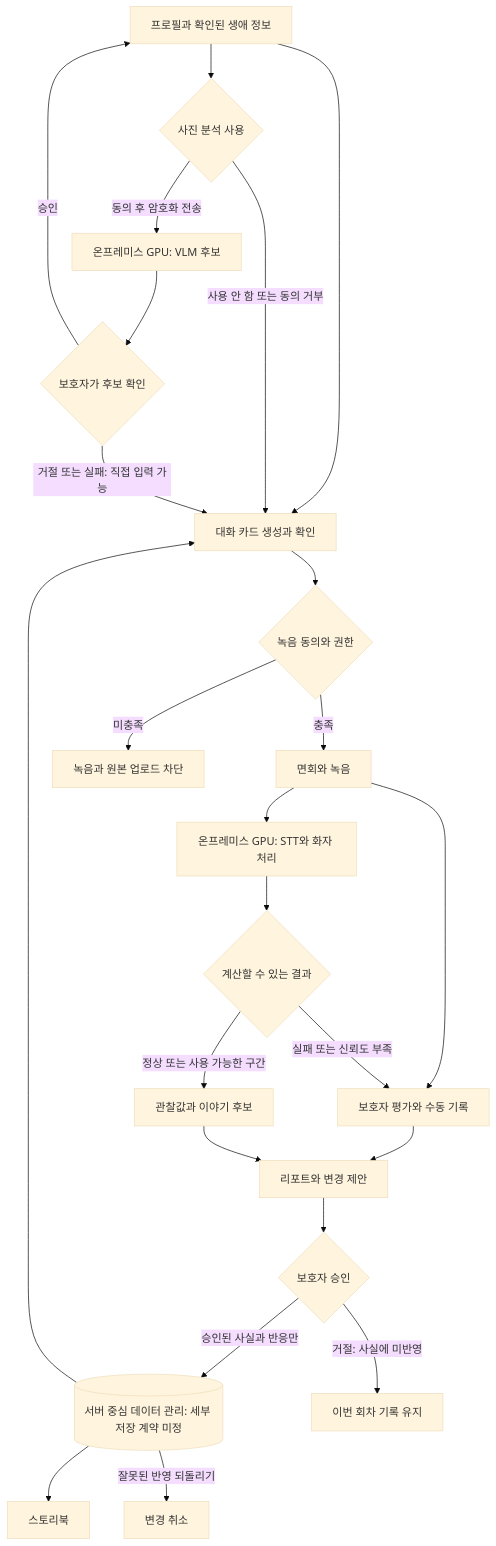
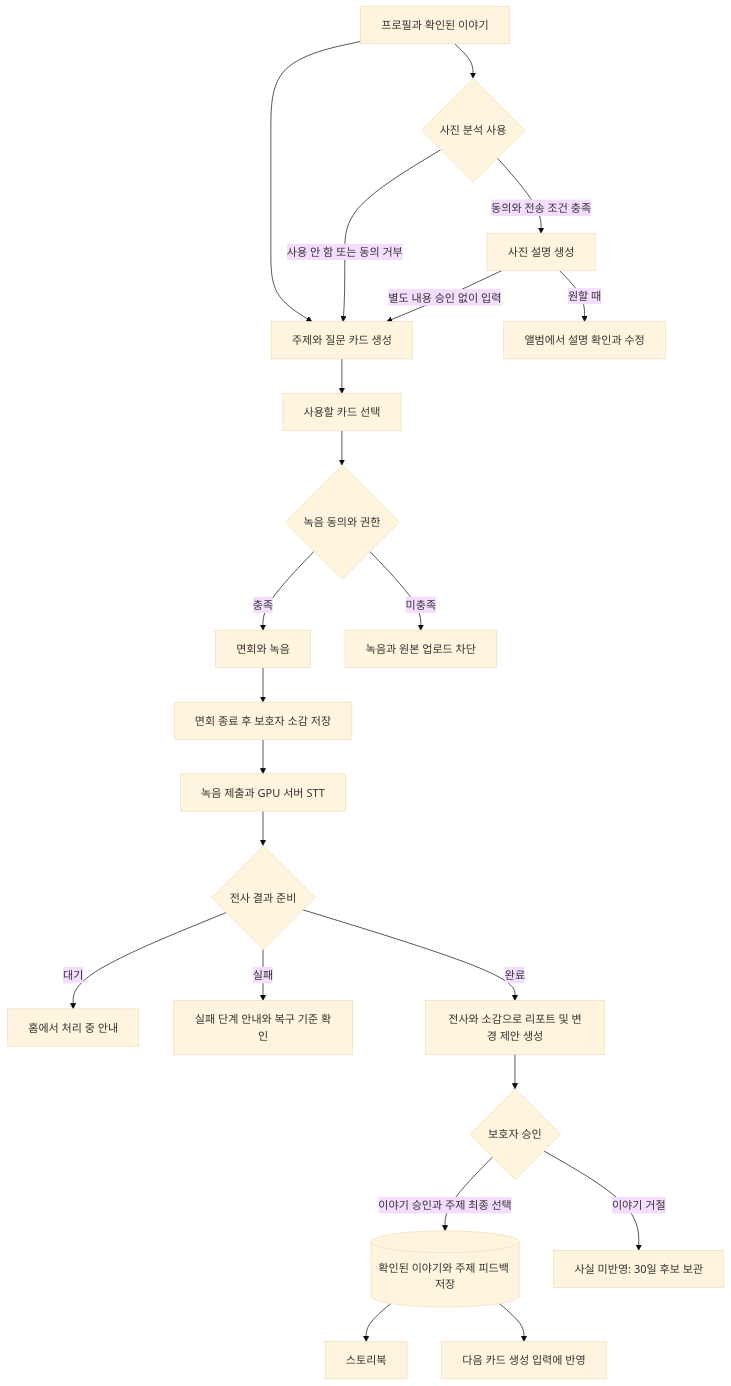
One commit to kakaotechcampus-4/ktc4-chungnam-1 changed the diagram in docs/architecture/README.md. Above: the diagram before and after it, drawn with Mermaid (base theme). The commit also changed other lines of this file and 13 other files, not shown here.

````diff
--- a/docs/architecture/README.md
+++ b/docs/architecture/README.md
@@ -11,26 +11,24 @@
 ```mermaid
 flowchart TD
-    P["프로필과 확인된 생애 정보"] --> G["대화 카드 생성과 확인"]
+    P["프로필과 확인된 이야기"] --> G["주제와 질문 카드 생성"]
     P --> I{"사진 분석 사용"}
-    I -->|동의 후 암호화 전송| V["온프레미스 GPU: VLM 후보"]
+    I -->|동의와 전송 조건 충족| V["사진 설명 생성"]
     I -->|사용 안 함 또는 동의 거부| G
-    V --> C{"보호자가 후보 확인"}
-    C -->|승인| P
-    C -->|거절 또는 실패: 직접 입력 가능| G
-    G --> A{"녹음 동의와 권한"}
+    V -->|별도 내용 승인 없이 입력| G
+    V -->|원할 때| EDIT["앨범에서 설명 확인과 수정"]
+    G --> SELECT["사용할 카드 선택"]
+    SELECT --> A{"녹음 동의와 권한"}
     A -->|충족| R["면회와 녹음"]
     A -->|미충족| STOP["녹음과 원본 업로드 차단"]
-    R --> T["온프레미스 GPU: STT와 화자 처리"]
-    R --> E["보호자 평가와 수동 기록"]
-    T --> Q{"계산할 수 있는 결과"}
-    Q -->|정상 또는 사용 가능한 구간| O["관찰값과 이야기 후보"]
-    Q -->|실패 또는 신뢰도 부족| E
-    E --> REP["리포트와 변경 제안"]
-    O --> REP
+    R --> E["면회 종료 후 보호자 소감 저장"]
+    E --> T["녹음 제출과 GPU 서버 STT"]
+    T --> Q{"전사 결과 준비"}
+    Q -->|대기| WAIT["홈에서 처리 중 안내"]
+    Q -->|실패| FAIL["실패 단계 안내와 복구 기준 확인"]
+    Q -->|완료| REP["전사와 소감으로 리포트 및 변경 제안 생성"]
     REP --> U{"보호자 승인"}
-    U -->|승인된 사실과 반응만| D[("서버 중심 데이터 관리: 세부 저장 계약 미정")]
-    U -->|거절: 사실에 미반영| KEEP["이번 회차 기록 유지"]
+    U -->|이야기 승인과 주제 최종 선택| D[("확인된 이야기와 주제 피드백 저장")]
+    U -->|이야기 거절| KEEP["사실 미반영: 30일 후보 보관"]
     D --> B["스토리북"]
-    D --> G
-    D -->|잘못된 반영 되돌리기| REV["변경 취소"]
+    D --> NEXT["다음 카드 생성 입력에 반영"]
 ```
````
